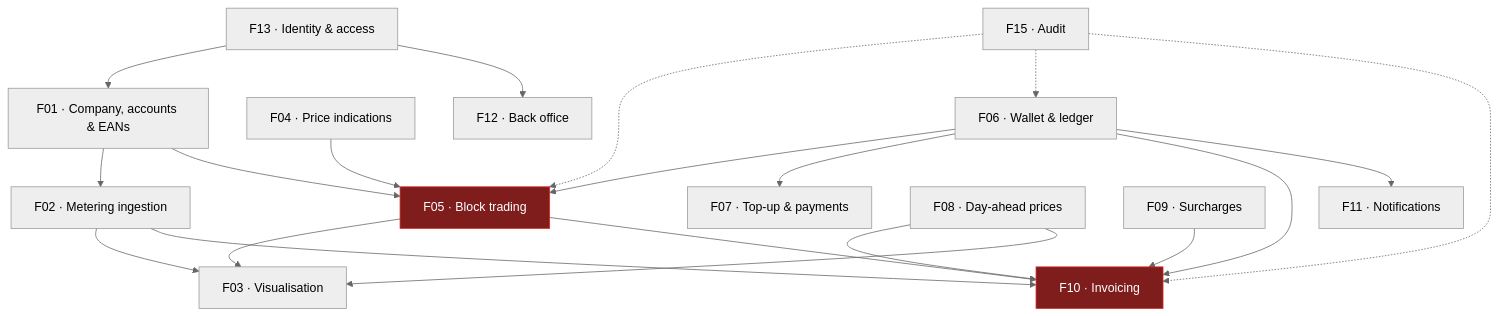
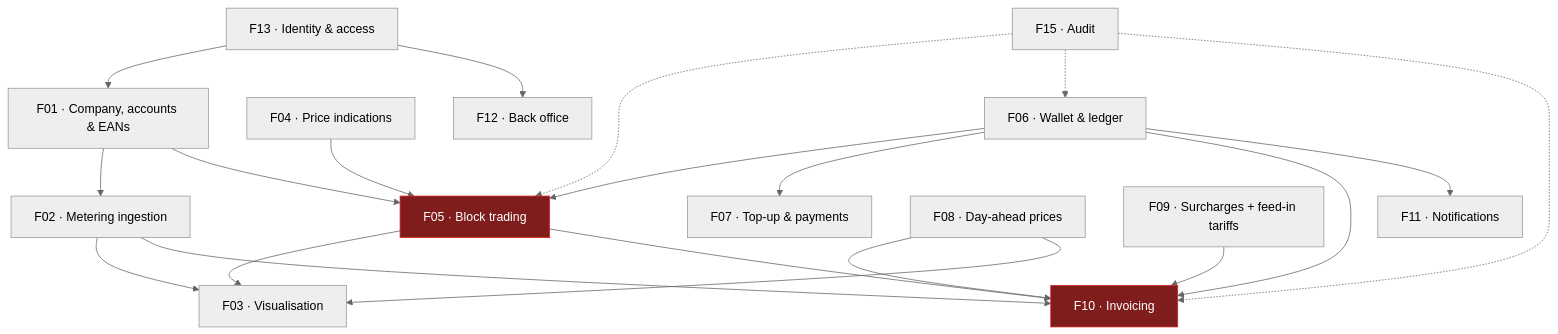
Before and after one commit to lukastosic-ifd/peakpowerspecs: the diagram in specs/10-features/README.md, drawn with Mermaid (neutral theme). The commit also changed other lines of this file and 43 other files, not shown here.

````diff
--- a/specs/10-features/README.md
+++ b/specs/10-features/README.md
@@ -36,40 +50,40 @@
 ```mermaid
 flowchart TB
     F13["F13 · Identity & access"]
     F01["F01 · Company, accounts & EANs"]
     F02["F02 · Metering ingestion"]
     F03["F03 · Visualisation"]
     F04["F04 · Price indications"]
     F05["F05 · Block trading"]
     F06["F06 · Wallet & ledger"]
     F07["F07 · Top-up & payments"]
     F08["F08 · Day-ahead prices"]
-    F09["F09 · Surcharges"]
+    F09["F09 · Surcharges + feed-in tariffs"]
     F10["F10 · Invoicing"]
     F11["F11 · Notifications"]
     F12["F12 · Back office"]
     F15["F15 · Audit"]
 
     F13 --> F01
     F13 --> F12
     F01 --> F02
     F01 --> F05
     F02 --> F03
     F02 --> F10
     F04 --> F05
     F06 --> F05
     F06 --> F07
     F06 --> F10
     F06 --> F11
     F05 --> F03
     F05 --> F10
     F08 --> F10
     F08 --> F03
     F09 --> F10
     F15 -.-> F05
     F15 -.-> F06
     F15 -.-> F10
 
     classDef crit fill:#7f1d1d,stroke:#dc2626,color:#fff
     class F05,F10 crit
 ```
````
